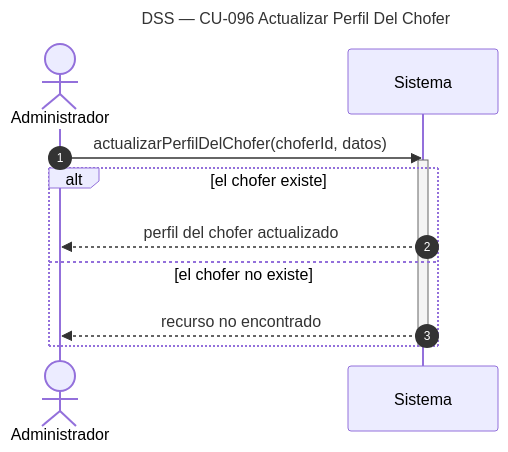
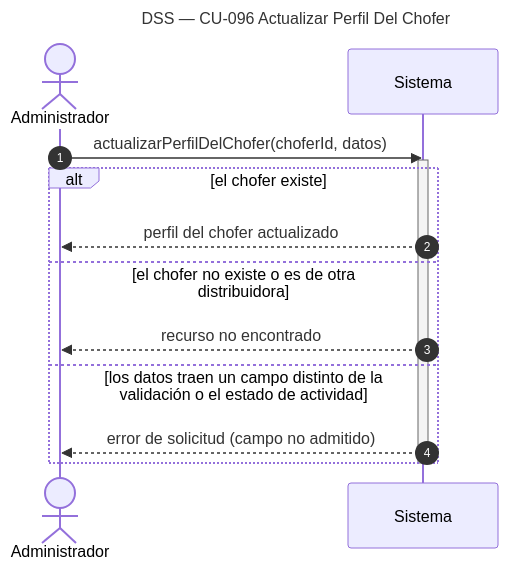
One commit to Nahuelito-Dev/splg-docs changed the diagram in diagramas/DSS_CU-096_Actualizar-Perfil-Del-Chofer.mmd. Above: the diagram before and after it, drawn with Mermaid. The commit also changed 49 other files, not shown here.

```diff
--- a/diagramas/DSS_CU-096_Actualizar-Perfil-Del-Chofer.mmd
+++ b/diagramas/DSS_CU-096_Actualizar-Perfil-Del-Chofer.mmd
@@ -1,14 +1,16 @@
 sequenceDiagram
     title DSS — CU-096 Actualizar Perfil Del Chofer
     autonumber
     actor ADM as Administrador
     participant SIS as Sistema
 
     ADM->>SIS: actualizarPerfilDelChofer(choferId, datos)
     activate SIS
     alt el chofer existe
         SIS-->>ADM: perfil del chofer actualizado
-    else el chofer no existe
+    else el chofer no existe o es de otra distribuidora
         SIS-->>ADM: recurso no encontrado
+    else los datos traen un campo distinto de la validación o el estado de actividad
+        SIS-->>ADM: error de solicitud (campo no admitido)
     end
     deactivate SIS
```
